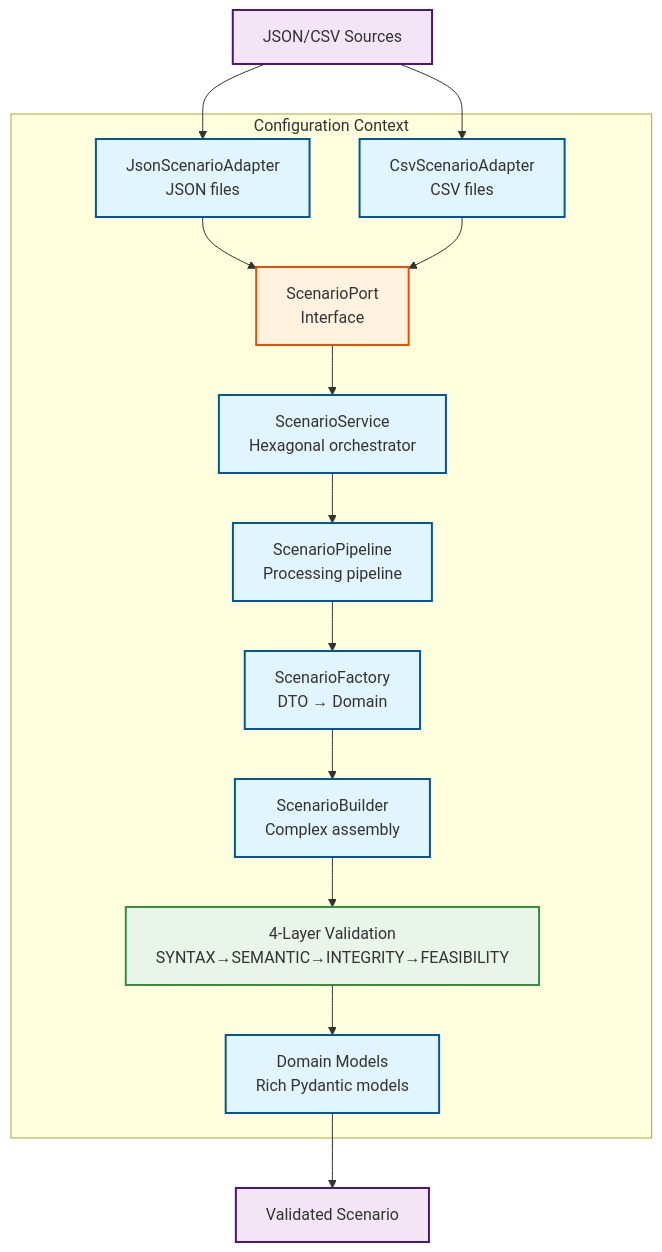
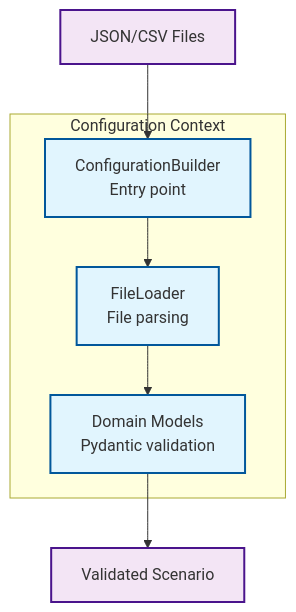
The second of 6 diagrams in docs/mvp/architecture/05-building-blocks.md (OpenRailAssociation/dac-migration-dss-popupsim), drawn with Mermaid before and after one commit. The commit also changed other lines of this file and 197 other files, not shown here.

````diff
--- a/docs/mvp/architecture/05-building-blocks.md
+++ b/docs/mvp/architecture/05-building-blocks.md
@@ -60,36 +61,19 @@
 ```mermaid
 graph TB
     subgraph "Configuration Context"
-        Service["ScenarioService<br/>Hexagonal orchestrator"]
-        Pipeline["ScenarioPipeline<br/>Processing pipeline"]
-        Port["ScenarioPort<br/>Interface"]
-        JsonAdapter["JsonScenarioAdapter<br/>JSON files"]
-        CsvAdapter["CsvScenarioAdapter<br/>CSV files"]
-        Factory["ScenarioFactory<br/>DTO → Domain"]
-        Builder["ScenarioBuilder<br/>Complex assembly"]
-        ValidationPipeline["4-Layer Validation<br/>SYNTAX→SEMANTIC→INTEGRITY→FEASIBILITY"]
-        Models["Domain Models<br/>Rich Pydantic models"]
+        Builder["ConfigurationBuilder<br/>Entry point"]
+        Loader["FileLoader<br/>File parsing"]
+        Models["Domain Models<br/>Pydantic validation"]
     end
-
-    Files["JSON/CSV Sources"] --> JsonAdapter
-    Files --> CsvAdapter
-    JsonAdapter --> Port
-    CsvAdapter --> Port
-    Port --> Service
-    Service --> Pipeline
-    Pipeline --> Factory
-    Factory --> Builder
-    Builder --> ValidationPipeline
-    ValidationPipeline --> Models
-    Models --> Output[Validated Scenario]
-
+    
+    Files["JSON/CSV Files"] --> Builder
+    Builder --> Loader
+    Loader --> Models
+    Models --> Scenario["Validated Scenario"]
+    
     classDef component fill:#e1f5fe,stroke:#01579b,stroke-width:2px
     classDef external fill:#f3e5f5,stroke:#4a148c,stroke-width:2px
-    classDef port fill:#fff3e0,stroke:#e65100,stroke-width:2px
-    classDef validation fill:#e8f5e8,stroke:#388e3c,stroke-width:2px
-
-    class Service,Pipeline,JsonAdapter,CsvAdapter,Factory,Builder,Models component
-    class Files,Output external
-    class Port port
-    class ValidationPipeline validation
+    
+    class Builder,Loader,Models component
+    class Files,Scenario external
 ```
````
